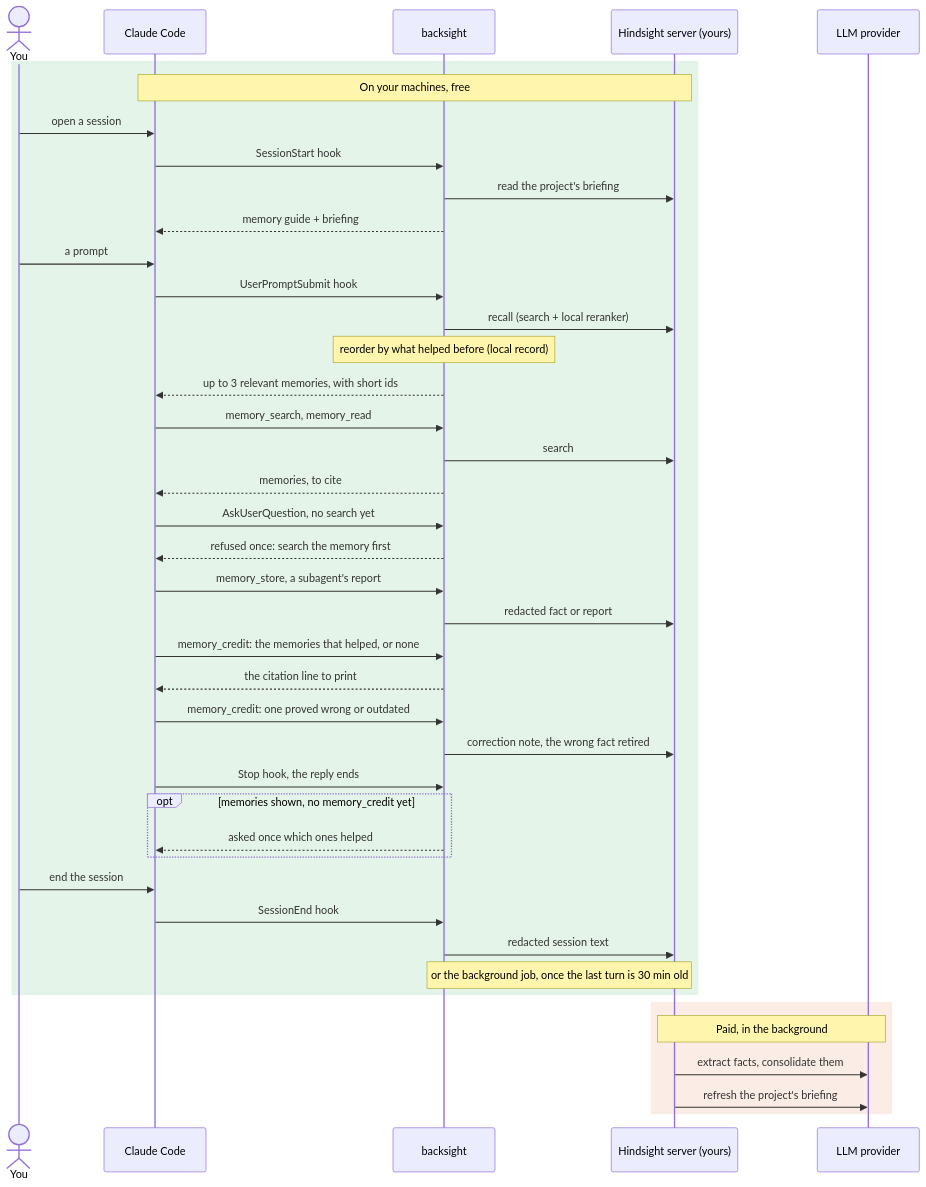
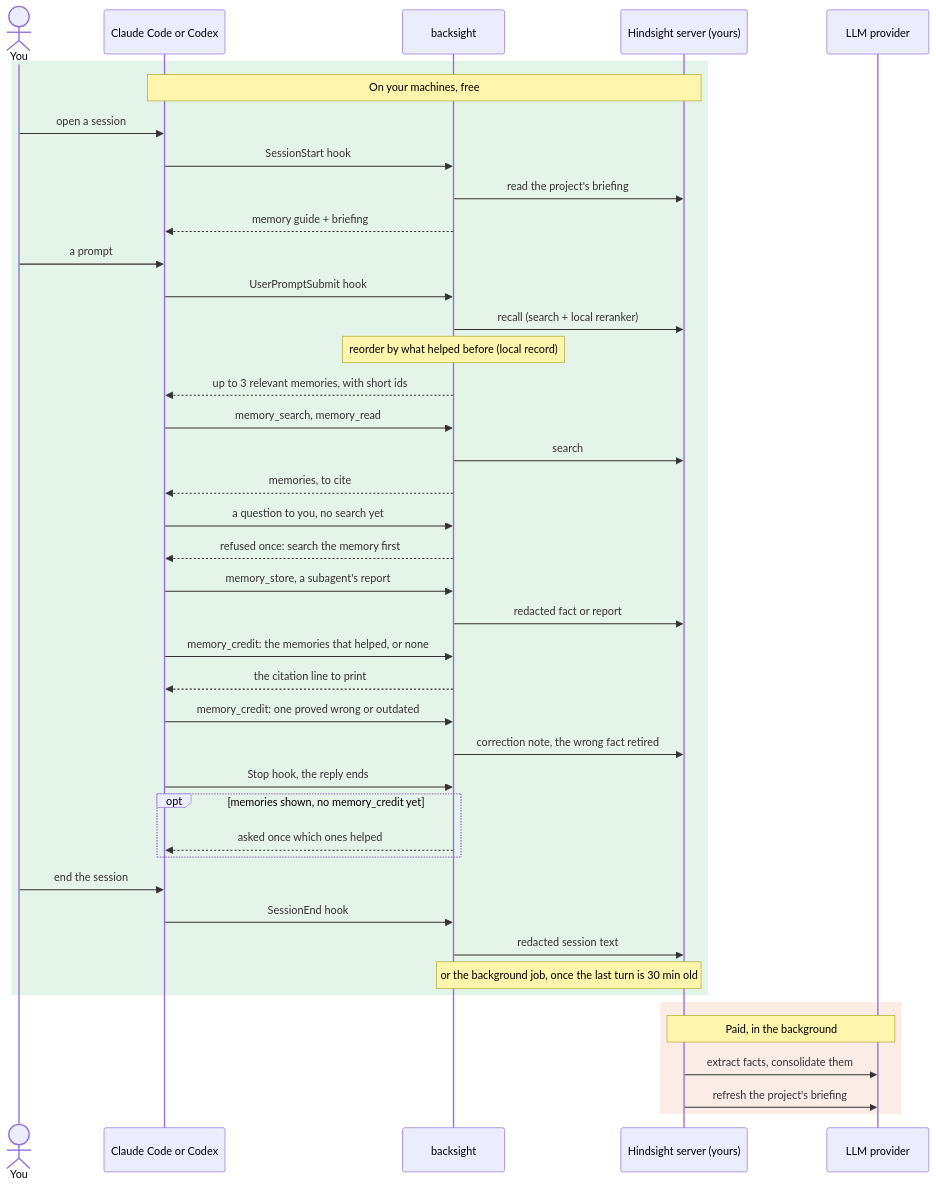
One commit to Barben360/backsight changed the first of 2 diagrams in README.md. Above: the diagram before and after it, drawn with Mermaid. The commit also changed other lines of this file, not shown here.

First line of the commit message:
📝 README for both tools: what Claude Code and Codex each get, side by side

````diff
--- a/README.md
+++ b/README.md
@@ -80,46 +79,46 @@
 ```mermaid
 sequenceDiagram
     actor You
-    participant CC as Claude Code
+    participant CC as Claude Code or Codex
     participant BS as backsight
     participant HS as Hindsight server (yours)
     participant LLM as LLM provider
 
     rect rgba(46, 160, 67, 0.12)
     Note over CC,HS: On your machines, free
     You->>CC: open a session
     CC->>BS: SessionStart hook
     BS->>HS: read the project's briefing
     BS-->>CC: memory guide + briefing
     You->>CC: a prompt
     CC->>BS: UserPromptSubmit hook
     BS->>HS: recall (search + local reranker)
     Note over BS: reorder by what helped before (local record)
     BS-->>CC: up to 3 relevant memories, with short ids
     CC->>BS: memory_search, memory_read
     BS->>HS: search
     BS-->>CC: memories, to cite
-    CC->>BS: AskUserQuestion, no search yet
+    CC->>BS: a question to you, no search yet
     BS-->>CC: refused once: search the memory first
     CC->>BS: memory_store, a subagent's report
     BS->>HS: redacted fact or report
     CC->>BS: memory_credit: the memories that helped, or none
     BS-->>CC: the citation line to print
     CC->>BS: memory_credit: one proved wrong or outdated
     BS->>HS: correction note, the wrong fact retired
     CC->>BS: Stop hook, the reply ends
     opt memories shown, no memory_credit yet
     BS-->>CC: asked once which ones helped
     end
     You->>CC: end the session
     CC->>BS: SessionEnd hook
     BS->>HS: redacted session text
     Note over BS,HS: or the background job, once the last turn is 30 min old
     end
 
     rect rgba(219, 109, 40, 0.12)
     Note over HS,LLM: Paid, in the background
     HS->>LLM: extract facts, consolidate them
     HS->>LLM: refresh the project's briefing
     end
 ```
````
